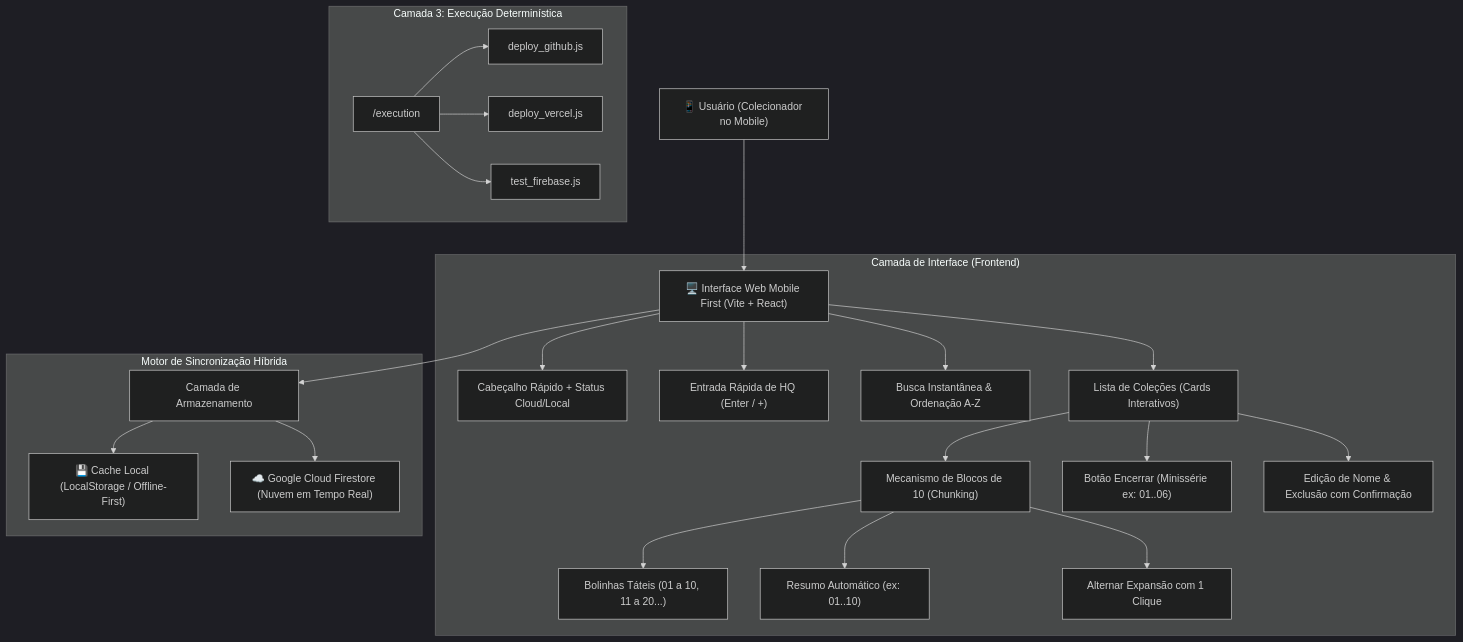
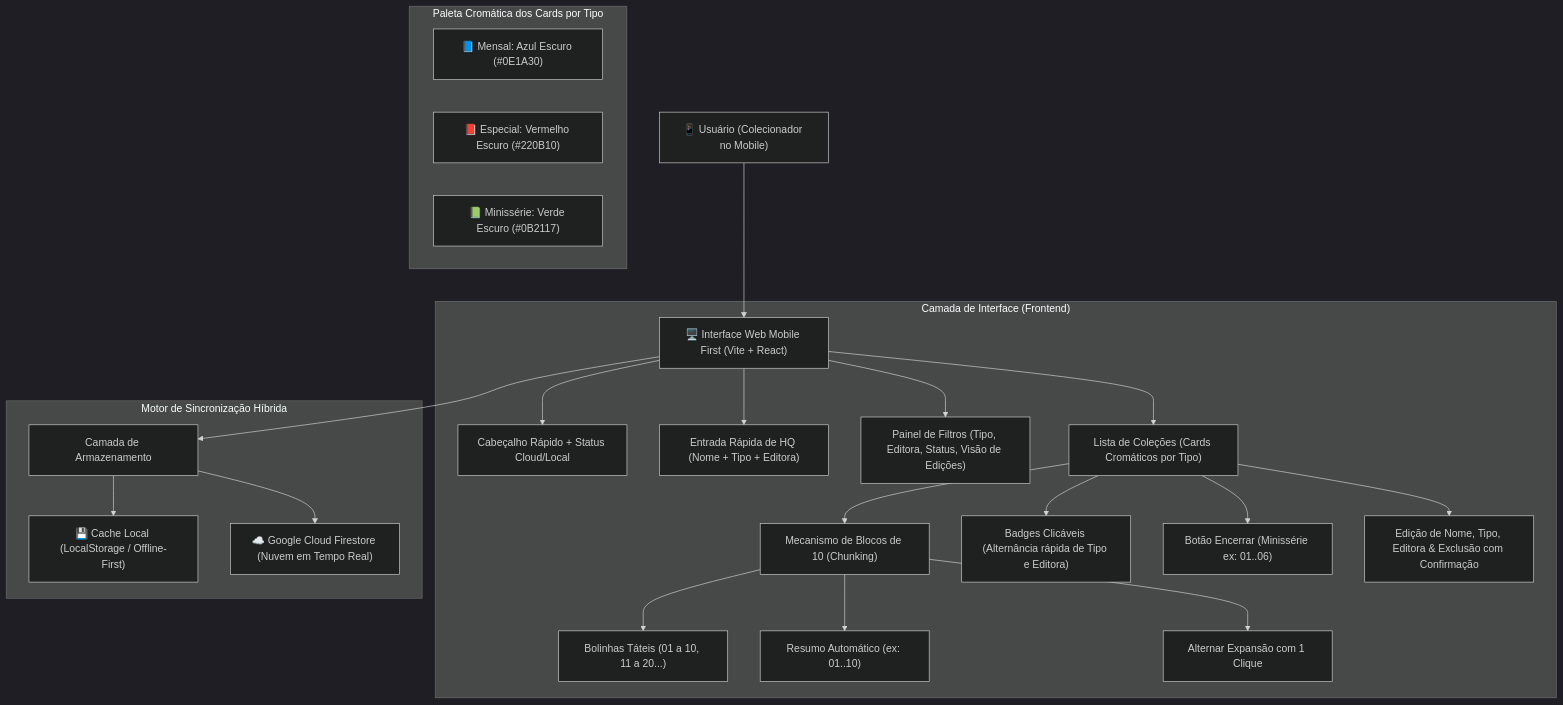
The diagram in documentation/architecture.md (williamdevide/antigravity.collections), drawn with Mermaid (dark theme) before and after one commit. The commit also changed other lines of this file and 5 other files, not shown here.

Commit message:
feat: add publication types, publisher selector, dynamic card theming and advanced filters

````diff
--- a/documentation/architecture.md
+++ b/documentation/architecture.md
@@ -10,31 +10,32 @@
 ```mermaid
 flowchart TD
     User["📱 Usuário (Colecionador no Mobile)"] --> UI["🖥️ Interface Web Mobile First (Vite + React)"]
 
     subgraph Frontend ["Camada de Interface (Frontend)"]
         UI --> Header["Cabeçalho Rápido + Status Cloud/Local"]
-        UI --> AddForm["Entrada Rápida de HQ (Enter / +)"]
-        UI --> SearchFilter["Busca Instantânea & Ordenação A-Z"]
-        UI --> ComicList["Lista de Coleções (Cards Interativos)"]
+        UI --> AddForm["Entrada Rápida de HQ (Nome + Tipo + Editora)"]
+        UI --> FilterPanel["Painel de Filtros (Tipo, Editora, Status, Visão de Edições)"]
+        UI --> ComicList["Lista de Coleções (Cards Cromáticos por Tipo)"]
         
         ComicList --> ChunkEngine["Mecanismo de Blocos de 10 (Chunking)"]
         ChunkEngine --> TactileCircles["Bolinhas Táteis (01 a 10, 11 a 20...)"]
         ChunkEngine --> AutoSummarize["Resumo Automático (ex: 01..10)"]
         ChunkEngine --> ManualExpand["Alternar Expansão com 1 Clique"]
         
+        ComicList --> Badges["Badges Clicáveis (Alternância rápida de Tipo e Editora)"]
         ComicList --> SeriesEnder["Botão Encerrar (Minissérie ex: 01..06)"]
-        ComicList --> EditModal["Edição de Nome & Exclusão com Confirmação"]
+        ComicList --> EditModal["Edição de Nome, Tipo, Editora & Exclusão com Confirmação"]
+    end
+
+    subgraph Theming ["Paleta Cromática dos Cards por Tipo"]
+        MensalCard["📘 Mensal: Azul Escuro (#0E1A30)"]
+        EspecialCard["📕 Especial: Vermelho Escuro (#220B10)"]
+        MinisserieCard["📗 Minissérie: Verde Escuro (#0B2117)"]
     end
 
     subgraph DataSync ["Motor de Sincronização Híbrida"]
         UI --> StorageLayer["Camada de Armazenamento"]
         StorageLayer --> LocalStorage["💾 Cache Local (LocalStorage / Offline-First)"]
         StorageLayer --> Firestore["☁️ Google Cloud Firestore (Nuvem em Tempo Real)"]
     end
-
-    subgraph Automation ["Camada 3: Execução Determinística"]
-        Scripts["/execution"] --> DeployGH["deploy_github.js"]
-        Scripts --> DeployVercel["deploy_vercel.js"]
-        Scripts --> TestFB["test_firebase.js"]
-    end
 ```
````
